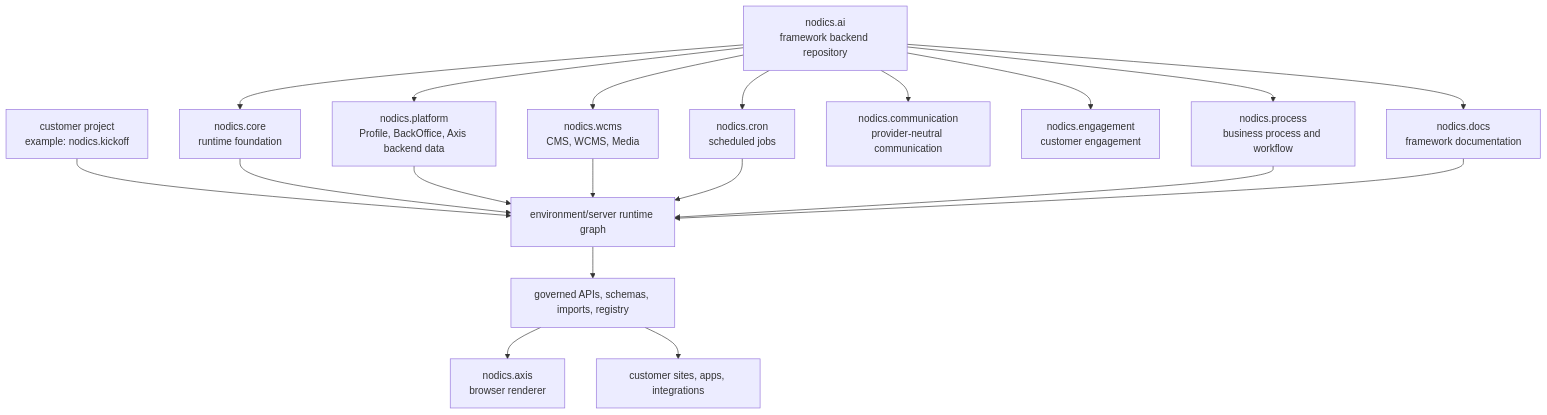
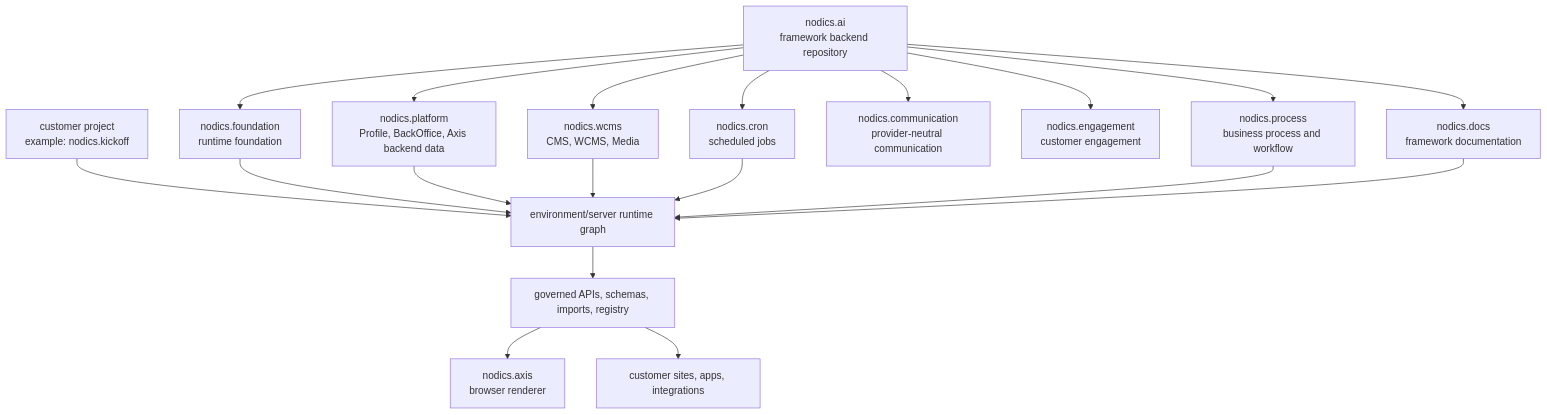
The third of 4 diagrams in README.md (Nodics/nodics.ai), drawn with Mermaid before and after one commit. The commit also changed other lines of this file and 3614 other files, not shown here.

````diff
--- a/README.md
+++ b/README.md
@@ -190,23 +190,23 @@
 ```mermaid
 flowchart TB
-  Framework["nodics.ai<br/>framework backend repository"] --> Core["nodics.core<br/>runtime foundation"]
+  Framework["nodics.ai<br/>framework backend repository"] --> Foundation["nodics.foundation<br/>runtime foundation"]
   Framework --> Platform["nodics.platform<br/>Profile, BackOffice, Axis backend data"]
   Framework --> WCMS["nodics.wcms<br/>CMS, WCMS, Media"]
   Framework --> Cron["nodics.cron<br/>scheduled jobs"]
   Framework --> Process["nodics.process<br/>business process and workflow"]
   Framework --> Communication["nodics.communication<br/>provider-neutral communication"]
   Framework --> Engagement["nodics.engagement<br/>customer engagement"]
   Framework --> Docs["nodics.docs<br/>framework documentation"]
 
   Customer["customer project<br/>example: nodics.kickoff"] --> Runtime["environment/server runtime graph"]
-  Core --> Runtime
+  Foundation --> Runtime
   Platform --> Runtime
   WCMS --> Runtime
   Cron --> Runtime
   Process --> Runtime
   Docs --> Runtime
 
   Runtime --> APIs["governed APIs, schemas, imports, registry"]
   APIs --> Axis["nodics.axis<br/>browser renderer"]
   APIs --> Apps["customer sites, apps, integrations"]
 ```
````
